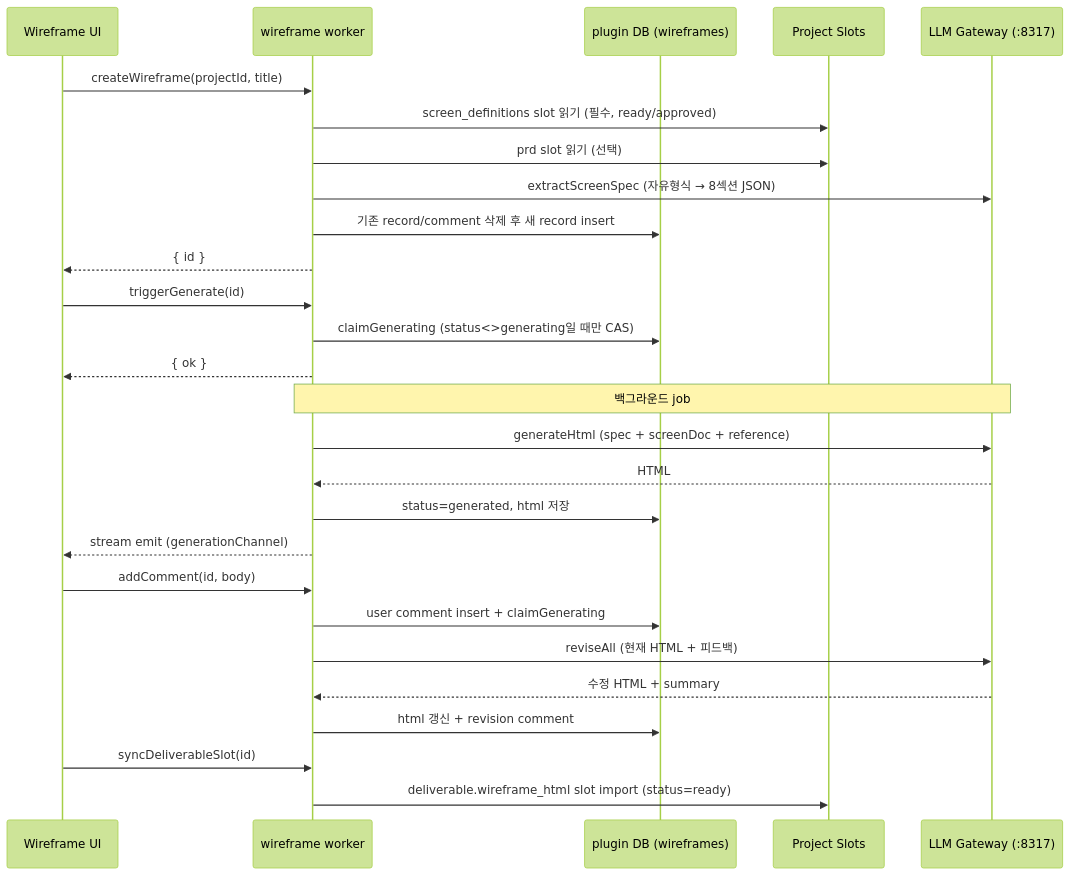
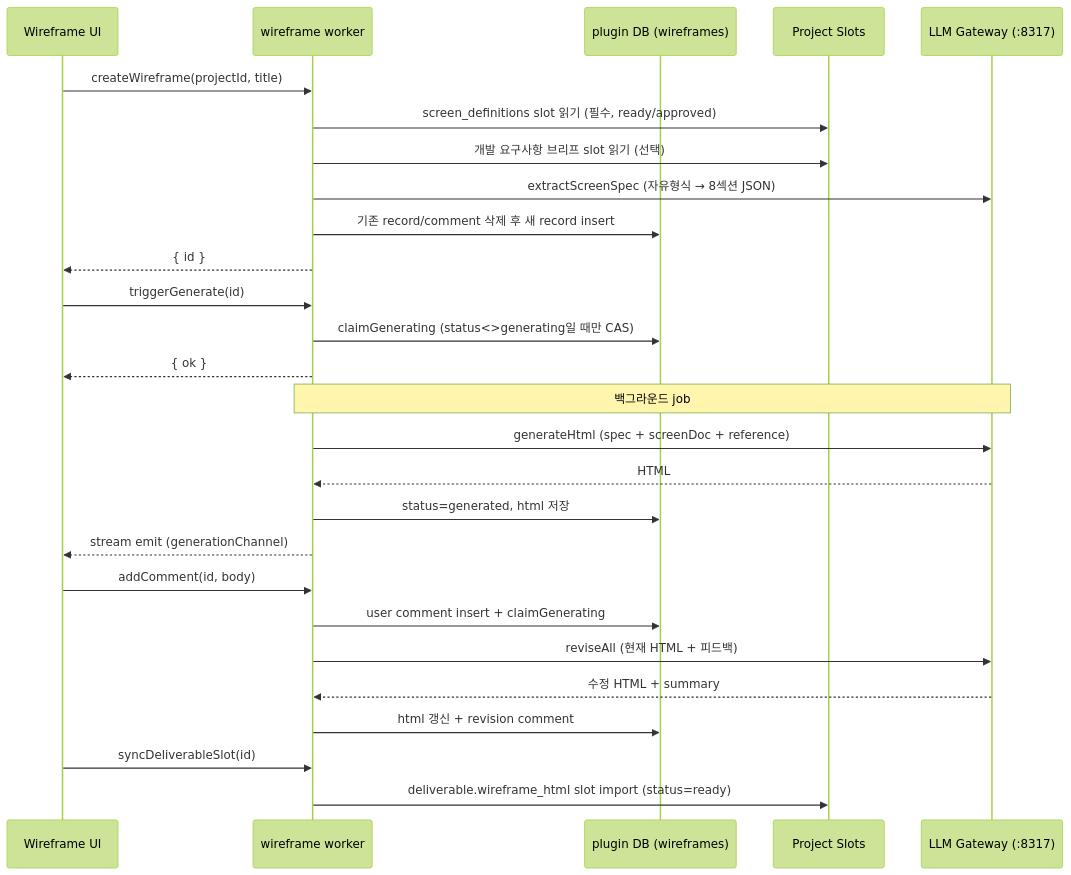
The seventh of 8 diagrams in bbr-plugins/builder/README.md (BBrightcode-atlas/company-os-v2), drawn with Mermaid (forest theme) before and after one commit. The commit also changed other lines of this file and 9 other files, not shown here.

````diff
--- a/bbr-plugins/builder/README.md
+++ b/bbr-plugins/builder/README.md
@@ -184,32 +235,32 @@
 ```mermaid
 sequenceDiagram
   participant UI as Wireframe UI
   participant W as wireframe worker
   participant DB as plugin DB (wireframes)
   participant SL as Project Slots
   participant L as LLM Gateway (:8317)
 
   UI->>W: createWireframe(projectId, title)
   W->>SL: screen_definitions slot 읽기 (필수, ready/approved)
-  W->>SL: prd slot 읽기 (선택)
+  W->>SL: 개발 요구사항 브리프 slot 읽기 (선택)
   W->>L: extractScreenSpec (자유형식 → 8섹션 JSON)
   W->>DB: 기존 record/comment 삭제 후 새 record insert
   W-->>UI: { id }
 
   UI->>W: triggerGenerate(id)
   W->>DB: claimGenerating (status<>generating일 때만 CAS)
   W-->>UI: { ok }
   Note over W,L: 백그라운드 job
   W->>L: generateHtml (spec + screenDoc + reference)
   L-->>W: HTML
   W->>DB: status=generated, html 저장
   W-->>UI: stream emit (generationChannel)
 
   UI->>W: addComment(id, body)
   W->>DB: user comment insert + claimGenerating
   W->>L: reviseAll (현재 HTML + 피드백)
   L-->>W: 수정 HTML + summary
   W->>DB: html 갱신 + revision comment
   UI->>W: syncDeliverableSlot(id)
   W->>SL: deliverable.wireframe_html slot import (status=ready)
 ```
````
